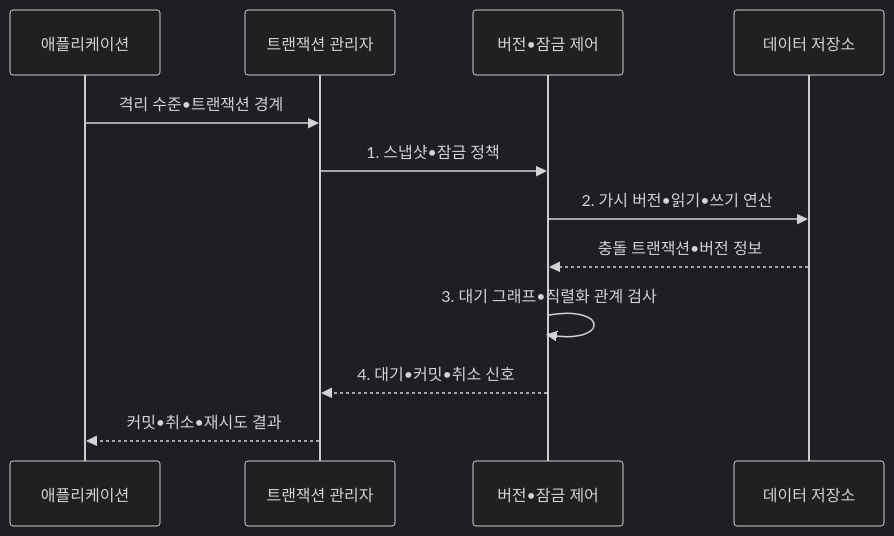
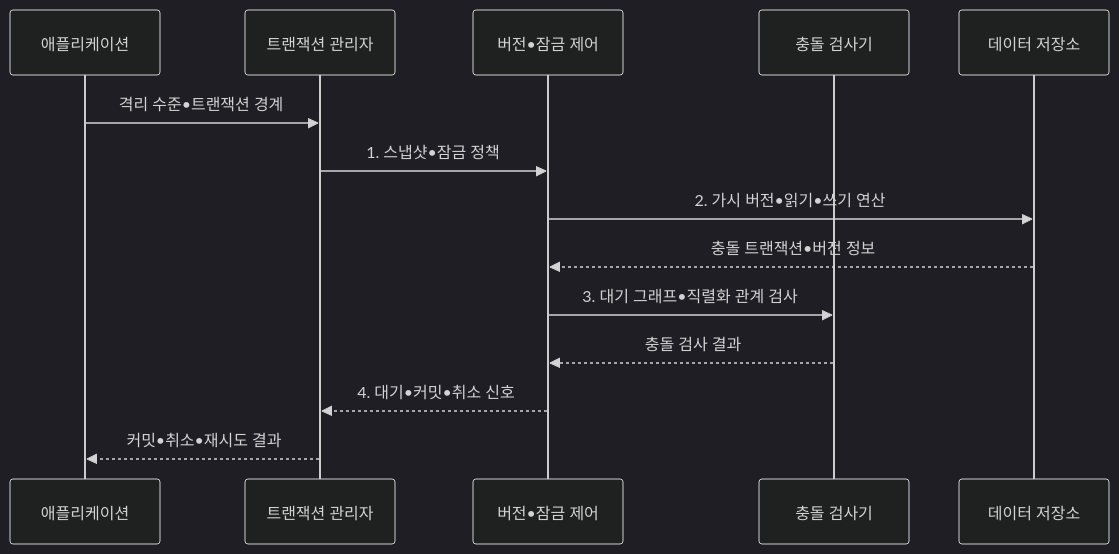
One commit to agnusdei1207/knowledge-base changed the second of 2 diagrams in src/content/docs/notes/03-software/086_transaction_isolation_levels.md. Above: the diagram before and after it, drawn with Mermaid (dark theme). The commit also changed other lines of this file and 15 other files, not shown here.

````diff
--- a/src/content/docs/notes/03-software/086_transaction_isolation_levels.md
+++ b/src/content/docs/notes/03-software/086_transaction_isolation_levels.md
@@ -109,14 +109,16 @@
 ```mermaid
 sequenceDiagram
     participant A as 애플리케이션
     participant T as 트랜잭션 관리자
     participant V as 버전•잠금 제어
+    participant C as 충돌 검사기
     participant D as 데이터 저장소
     A->>T: 격리 수준•트랜잭션 경계
     T->>V: 1. 스냅샷•잠금 정책
     V->>D: 2. 가시 버전•읽기•쓰기 연산
     D-->>V: 충돌 트랜잭션•버전 정보
-    V->>V: 3. 대기 그래프•직렬화 관계 검사
+    V->>C: 3. 대기 그래프•직렬화 관계 검사
+    C-->>V: 충돌 검사 결과
     V-->>T: 4. 대기•커밋•취소 신호
     T-->>A: 커밋•취소•재시도 결과
 ```
````
